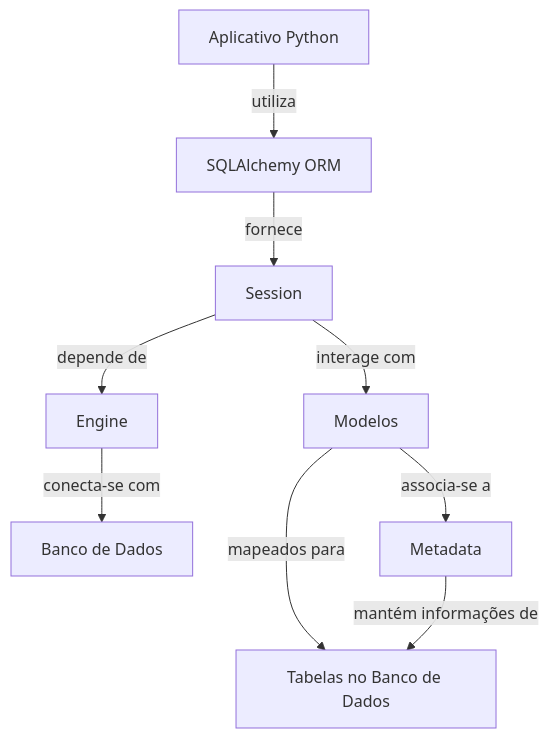
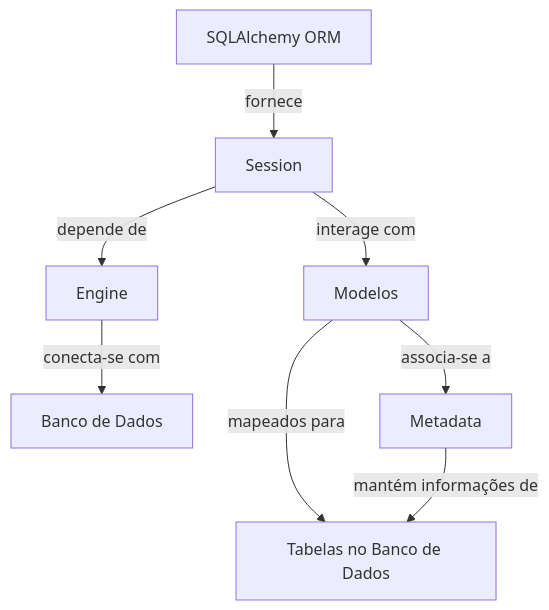
The diagram in slides/brutos/aula_04.md (dunossauro/fastapi-do-zero), drawn with Mermaid before and after one commit. The commit also changed other lines of this file, not shown here.

```diff
--- a/slides/brutos/aula_04.md
+++ b/slides/brutos/aula_04.md
@@ -121,11 +138,10 @@
 <div class="mermaid" style="text-align: center;">
 graph
-  A[Aplicativo Python] -- utiliza --> B[SQLAlchemy ORM]
-  B -- fornece --> D[Session]
+  B[SQLAlchemy ORM] -- fornece --> D[Session]
   D -- interage com --> C[Modelos]
   C -- mapeados para --> G[Tabelas no Banco de Dados]
   D -- depende de --> E[Engine]
   E -- conecta-se com --> F[Banco de Dados]
   C -- associa-se a --> H[Metadata]
   H -- mantém informações de --> G[Tabelas no Banco de Dados]
 </div>
```
